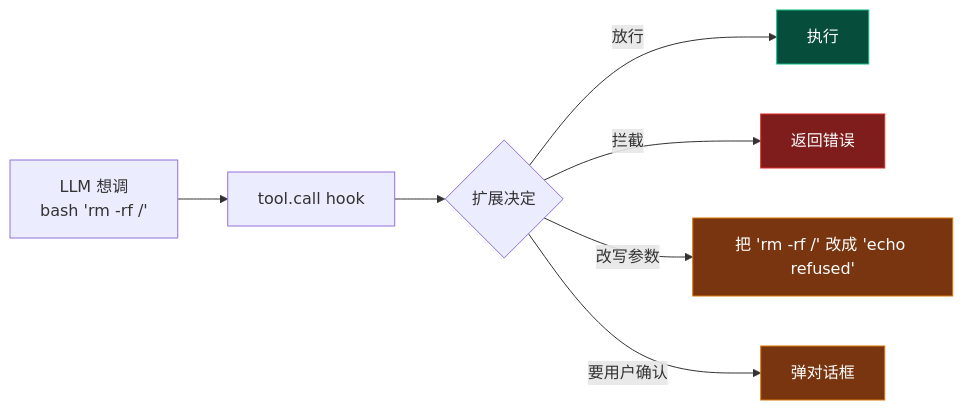
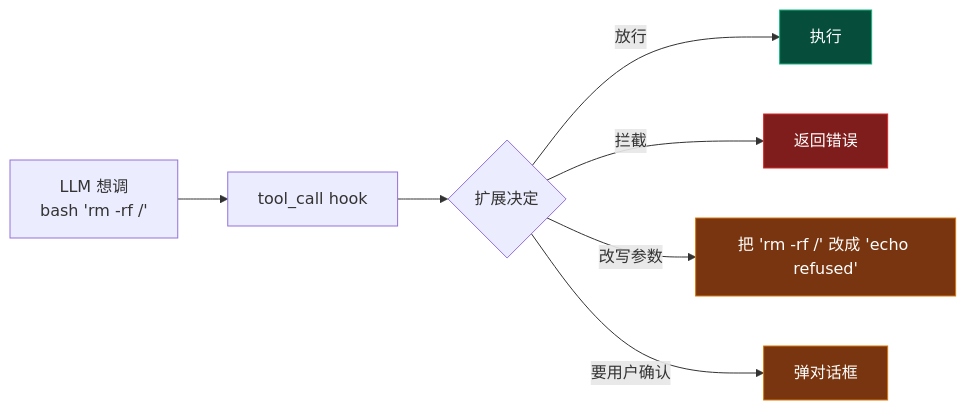
Before and after one commit to DaviRain-Su/pi-mono-zig: the fifth of 7 diagrams in zig/docs/book/guide/extensions.md, drawn with Mermaid. The commit also changed other lines of this file and 14 other files, not shown here.

Commit message:
docs: refresh phase 1 extension roadmap

````diff
--- a/zig/docs/book/guide/extensions.md
+++ b/zig/docs/book/guide/extensions.md
@@ -222,13 +224,13 @@
 ```mermaid
 flowchart LR
     classDef good fill:#064e3b,stroke:#10b981,color:#fff
     classDef block fill:#7f1d1d,stroke:#dc2626,color:#fff
     classDef mod fill:#78350f,stroke:#d97706,color:#fff
 
-    LLM[LLM 想调<br/>bash 'rm -rf /'] --> Hook[tool.call hook]
+    LLM[LLM 想调<br/>bash 'rm -rf /'] --> Hook[tool_call hook]
     Hook --> Decide{扩展决定}
     Decide -->|放行| Pass[执行]:::good
     Decide -->|拦截| Block[返回错误]:::block
     Decide -->|改写参数| Mod[把 'rm -rf /' 改成 'echo refused']:::mod
     Decide -->|要用户确认| Confirm[弹对话框]:::mod
 ```
````
